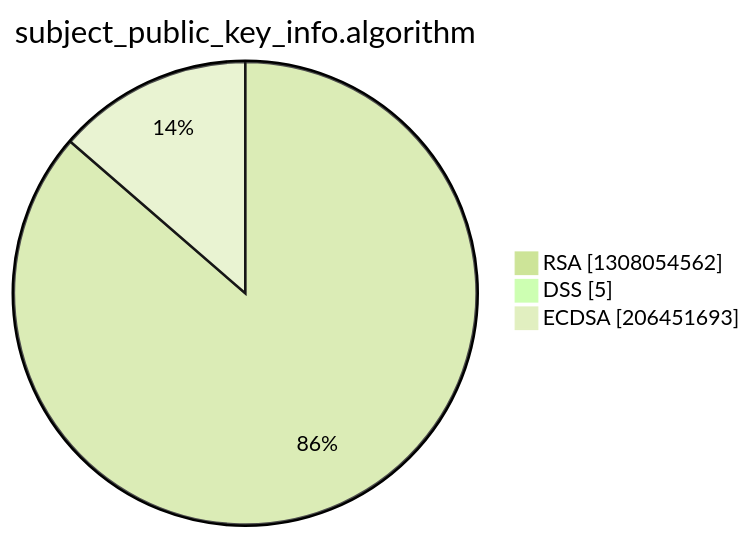
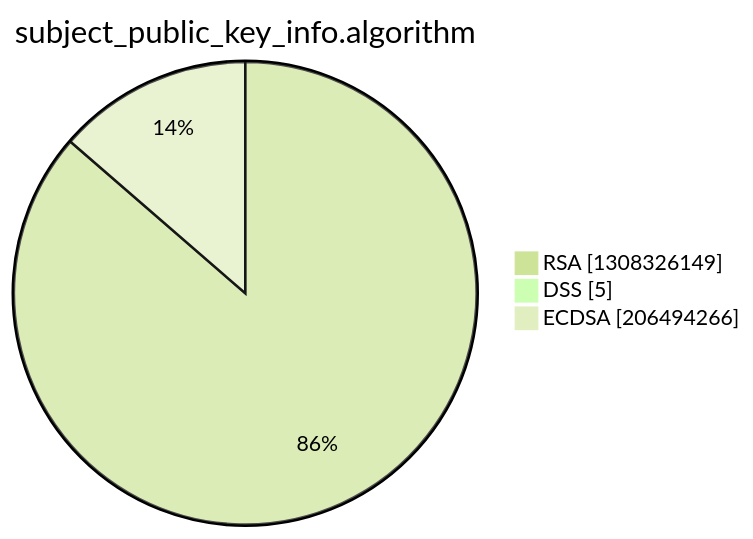
Before and after one commit to christiankrug/ctmonitor_visualization: the third of 15 diagrams in argon2022/README.md, drawn with Mermaid (forest theme). The commit also changed other lines of this file, not shown here.

````diff
--- a/argon2022/README.md
+++ b/argon2022/README.md
@@ -14,7 +14,7 @@
 ```mermaid
 pie showData
 title subject_public_key_info.algorithm
-"RSA" :1308054562
+"RSA" :1308326149
 "DSS" :5
-"ECDSA" :206451693
+"ECDSA" :206494266
 ```
````
